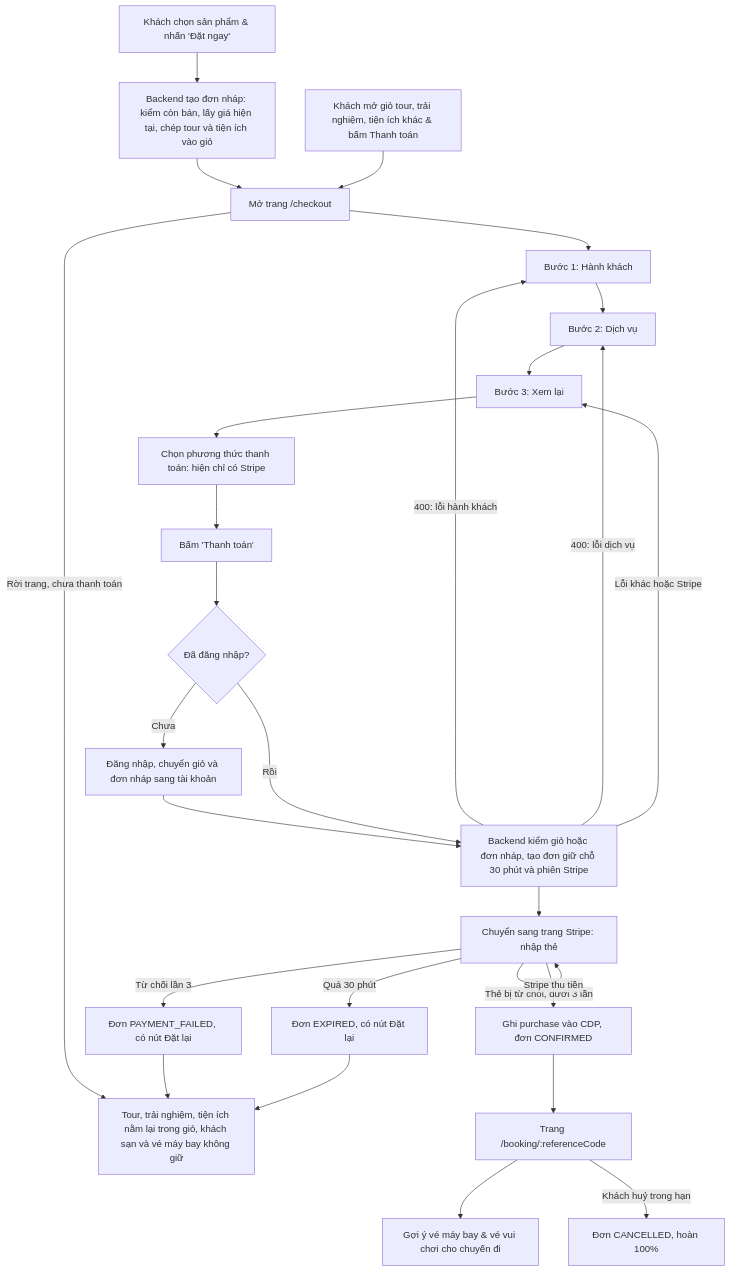
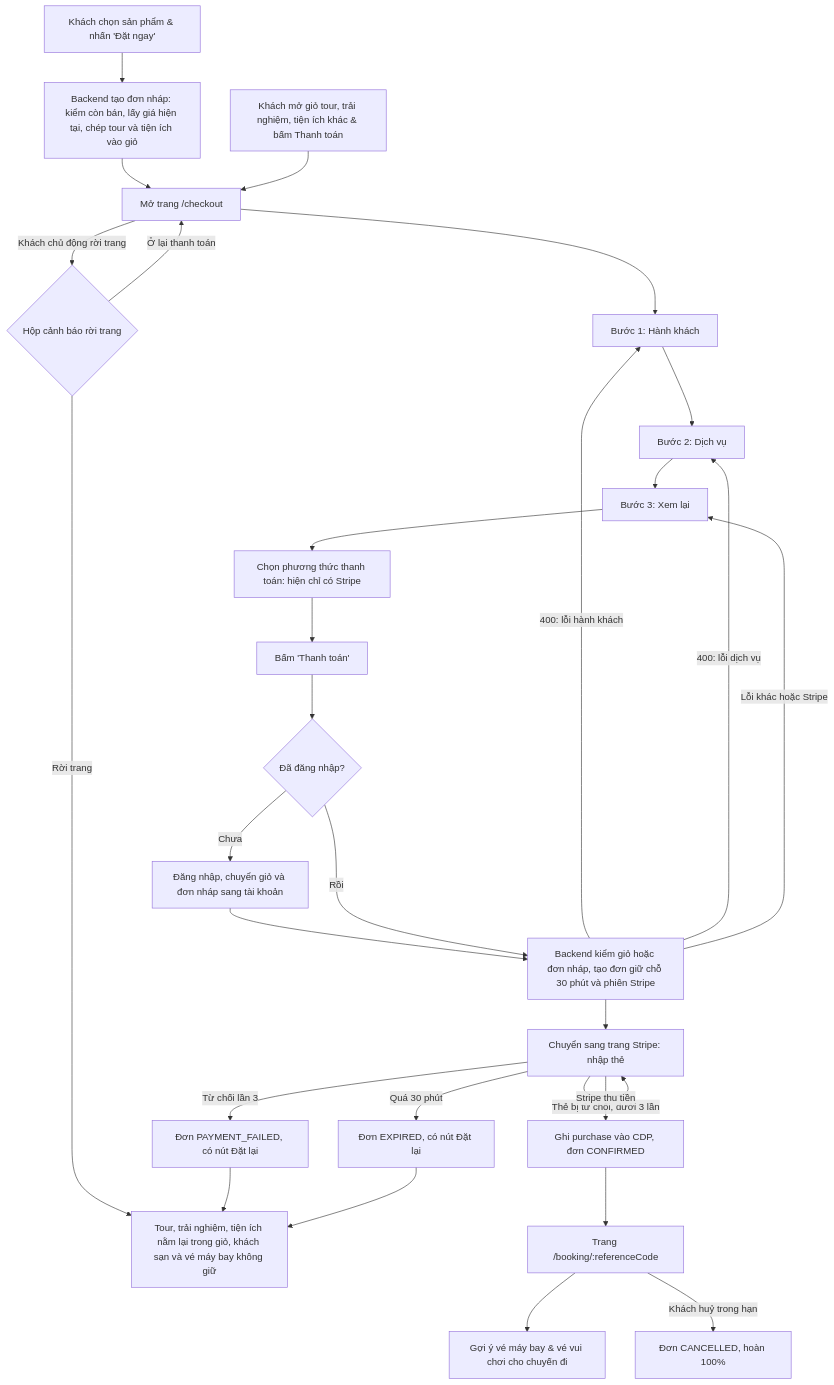
Before and after one commit to NguyenNhat4/Travel-Recommend-System: the third of 3 diagrams in docs/prd/user-flow.md, drawn with Mermaid. The commit also changed other lines of this file and 17 other files, not shown here.

First line of the commit message:
feat(checkout): hỏi lại trước khi khách rời trang thanh toán

````diff
--- a/docs/prd/user-flow.md
+++ b/docs/prd/user-flow.md
@@ -101,27 +102,29 @@
 ```mermaid
 flowchart TD
     A[Khách chọn sản phẩm & nhấn 'Đặt ngay'] --> A1[Backend tạo đơn nháp: kiểm còn bán, lấy giá hiện tại, chép tour và tiện ích vào giỏ]
     A1 --> B[Mở trang /checkout]
     A2[Khách mở giỏ tour, trải nghiệm, tiện ích khác & bấm Thanh toán] --> B
-    B -->|Rời trang, chưa thanh toán| X0[Tour, trải nghiệm, tiện ích nằm lại trong giỏ, khách sạn và vé máy bay không giữ]
+    B -->|Khách chủ động rời trang| W{Hộp cảnh báo rời trang}
+    W -->|Ở lại thanh toán| B
+    W -->|Rời trang| X0[Tour, trải nghiệm, tiện ích nằm lại trong giỏ, khách sạn và vé máy bay không giữ]
     B --> C1[Bước 1: Hành khách] --> C2[Bước 2: Dịch vụ] --> C3[Bước 3: Xem lại]
     C3 --> M[Chọn phương thức thanh toán: hiện chỉ có Stripe]
     M --> P[Bấm 'Thanh toán']
     P --> L{Đã đăng nhập?}
     L -->|Chưa| L1[Đăng nhập, chuyển giỏ và đơn nháp sang tài khoản]
     L1 --> D
     L -->|Rồi| D[Backend kiểm giỏ hoặc đơn nháp, tạo đơn giữ chỗ 30 phút và phiên Stripe]
     D -->|400: lỗi hành khách| C1
     D -->|400: lỗi dịch vụ| C2
     D -->|Lỗi khác hoặc Stripe| C3
     D --> S[Chuyển sang trang Stripe: nhập thẻ]
     S -->|Thẻ bị từ chối, dưới 3 lần| S
     S -->|Từ chối lần 3| X1[Đơn PAYMENT_FAILED, có nút Đặt lại]
     S -->|Quá 30 phút| X2[Đơn EXPIRED, có nút Đặt lại]
     X1 --> X0
     X2 --> X0
     S -->|Stripe thu tiền| F[Ghi purchase vào CDP, đơn CONFIRMED]
     F --> G[Trang /booking/:referenceCode]
     G --> H[Gợi ý vé máy bay & vé vui chơi cho chuyến đi]
     G -->|Khách huỷ trong hạn| X3[Đơn CANCELLED, hoàn 100%]
 ```
````
